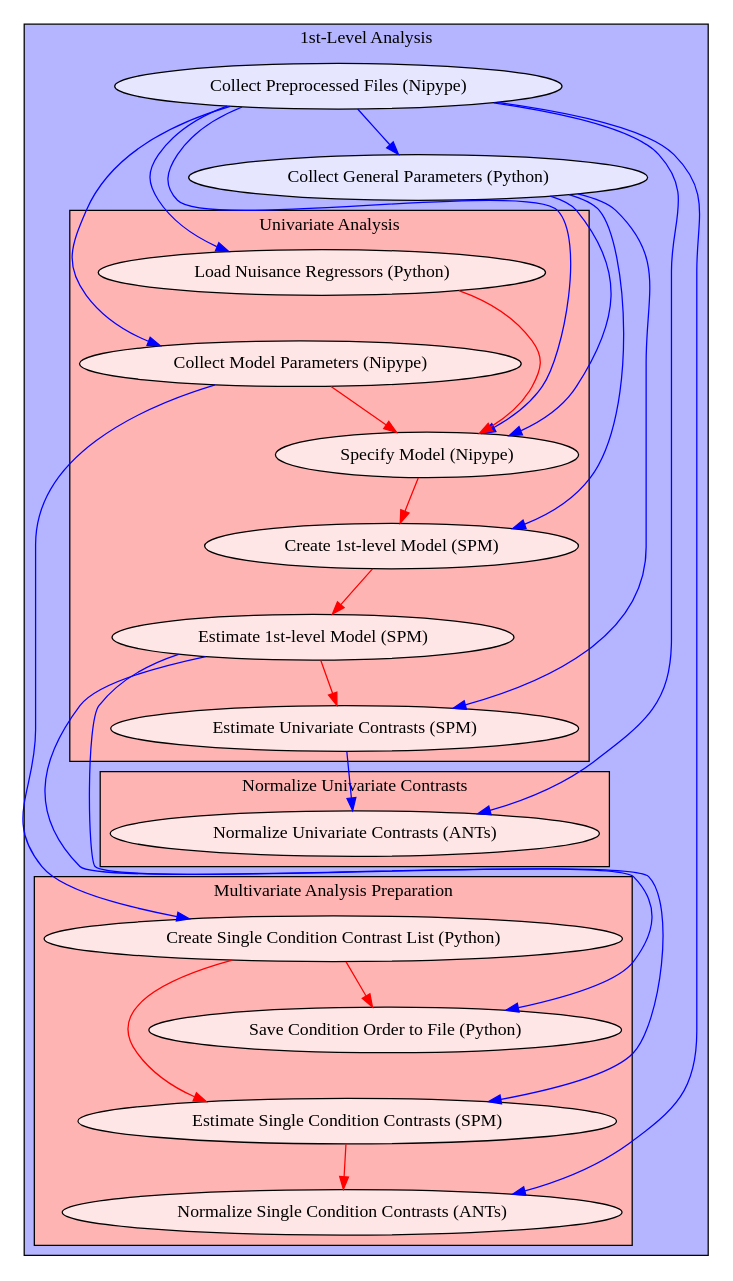
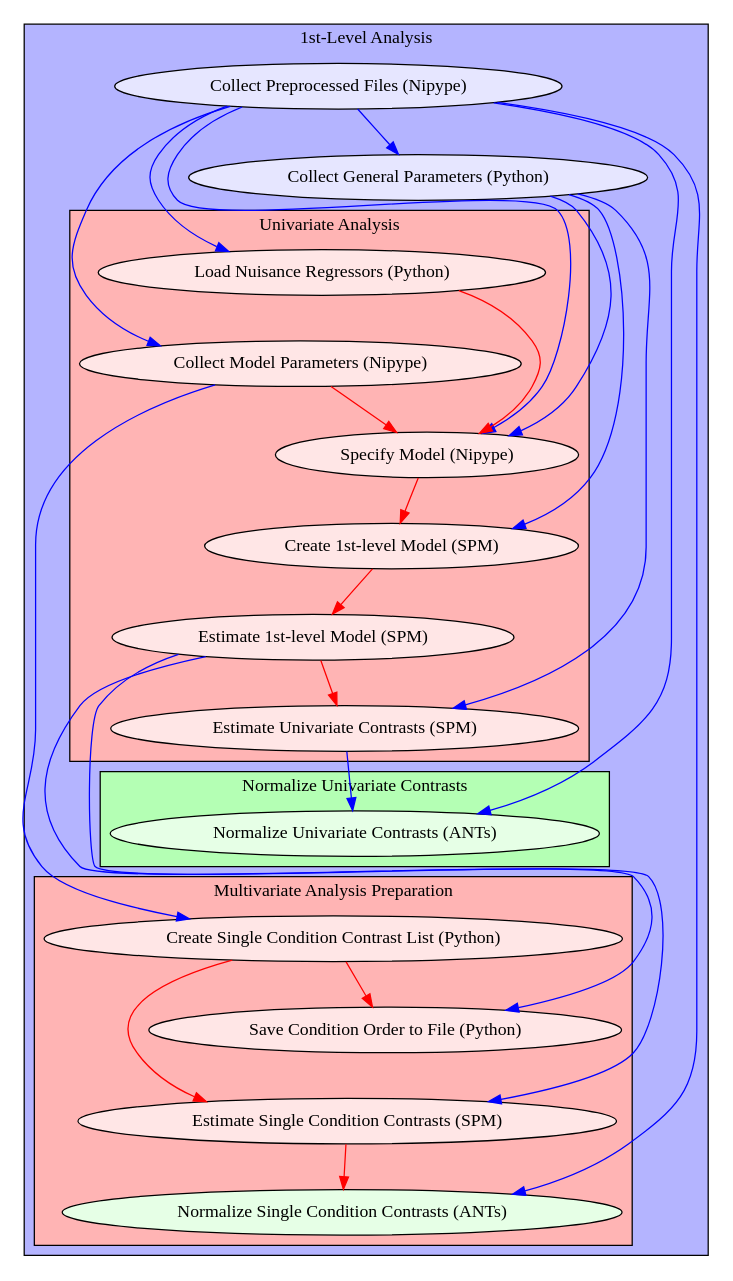
Before and after one commit to miykael/fmriflows: the diagram in static/analysis_1st.dot, drawn with Graphviz. The commit also changed 3 other files, not shown here.

```diff
--- a/static/analysis_1st.dot
+++ b/static/analysis_1st.dot
@@ -1,63 +1,63 @@
 digraph analysis_first{
   subgraph cluster_analysis_first {
       edge [color="#0000FF"];
       style=filled;
       fillcolor="#B4B4FF";
       label="1st-Level Analysis";
     get_param[label="Collect General Parameters (Python)", style=filled, fillcolor="#E6E6FF"];
     collect_files[label="Collect Preprocessed Files (Nipype)", style=filled, fillcolor="#E6E6FF"];
     subgraph cluster_analysisflow_univariate {
             edge [color="#FF0000"];
             style=filled;
             fillcolor="#FFB4B4";
             label="Univariate Analysis";
         nuisance_reg[label="Load Nuisance Regressors (Python)", style=filled, fillcolor="#FFE6E6"];
         get_model_param[label="Collect Model Parameters (Nipype)", style=filled, fillcolor="#FFE6E6"];
         model_spec[label="Specify Model (Nipype)", style=filled, fillcolor="#FFE6E6"];
         level1_design[label="Create 1st-level Model (SPM)", style=filled, fillcolor="#FFE6E6"];
         level1_est[label="Estimate 1st-level Model (SPM)", style=filled, fillcolor="#FFE6E6"];
         level1_conest_uni[label="Estimate Univariate Contrasts (SPM)", style=filled, fillcolor="#FFE6E6"];
         nuisance_reg -> model_spec;
         get_model_param -> model_spec;
         model_spec -> level1_design;
         level1_design -> level1_est;
         level1_est -> level1_conest_uni;
     }
     subgraph cluster_analysisflow_normalize {
             edge [color="#FF0000"];
             style=filled;
-            fillcolor="#FFB4B4";
+            fillcolor="#B4FFB4";
             label="Normalize Univariate Contrasts";
-        normalize_uni[label="Normalize Univariate Contrasts (ANTs)", style=filled, fillcolor="#FFE6E6"];
+        normalize_uni[label="Normalize Univariate Contrasts (ANTs)", style=filled, fillcolor="#E6FFE6"];
     }    subgraph cluster_analysisflow_multivariate {
             edge [color="#FF0000"];
             style=filled;
             fillcolor="#FFB4B4";
             label="Multivariate Analysis Preparation";
         comp_con_per_run[label="Create Single Condition Contrast List (Python)", style=filled, fillcolor="#FFE6E6"];
         write_labels_run[label="Save Condition Order to File (Python)", style=filled, fillcolor="#FFE6E6"];
         level1_conest_multi[label="Estimate Single Condition Contrasts (SPM)", style=filled, fillcolor="#FFE6E6"];
-        normalize_multi[label="Normalize Single Condition Contrasts (ANTs)", style=filled, fillcolor="#FFE6E6"];
+        normalize_multi[label="Normalize Single Condition Contrasts (ANTs)", style=filled, fillcolor="#E6FFE6"];
         comp_con_per_run -> write_labels_run;
         comp_con_per_run -> level1_conest_multi;
         level1_conest_multi -> normalize_multi;
     }
     get_param -> nuisance_reg [color="#00000000"];
     nuisance_reg -> get_model_param [color="#00000000"];
     normalize_uni -> comp_con_per_run [color="#00000000"];
     write_labels_run -> level1_conest_multi [color="#00000000"];
     collect_files -> get_param;
     collect_files -> nuisance_reg;
     collect_files -> get_model_param;
     collect_files -> model_spec;
     collect_files -> normalize_uni;
     collect_files -> normalize_multi;
     get_param -> model_spec;
     get_param -> level1_design;
     get_param -> level1_conest_uni;
     get_model_param -> comp_con_per_run;
     level1_conest_uni -> normalize_uni;
     level1_est -> level1_conest_multi;
     level1_est -> write_labels_run;
   }
 }
```
